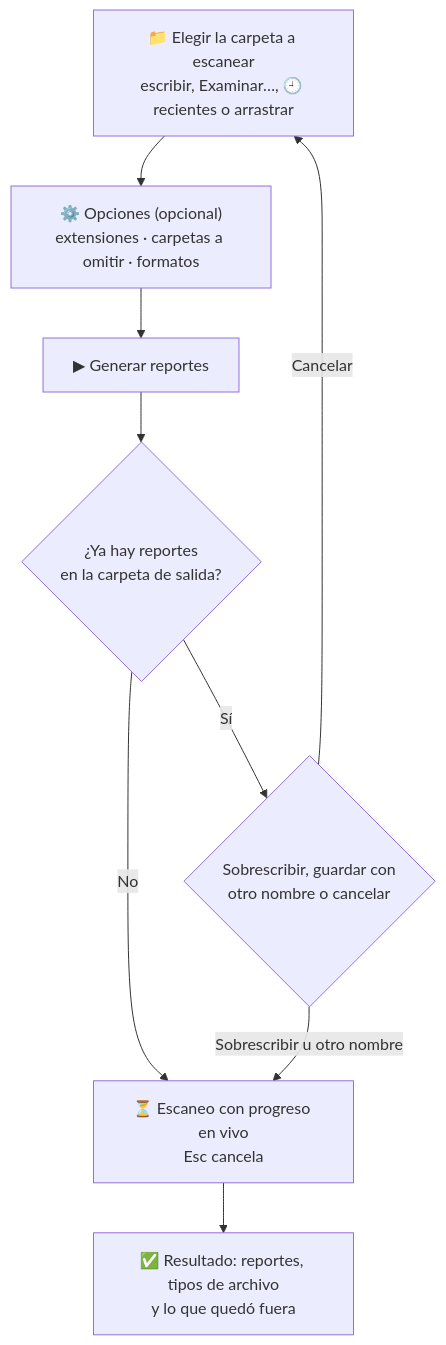
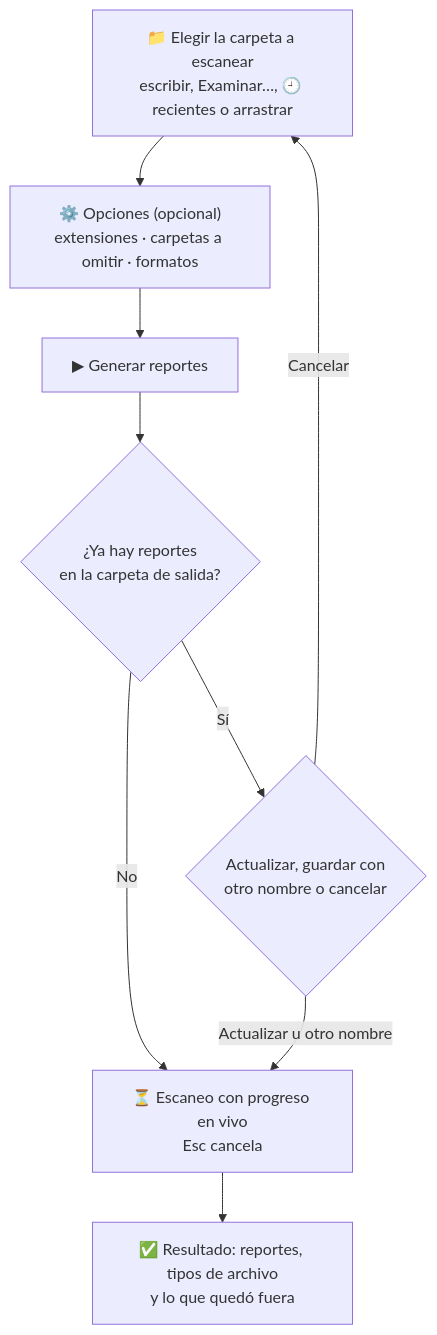
One commit to dbarretol/file-reporter changed the first of 3 diagrams in README.md. Above: the diagram before and after it, drawn with Mermaid. The commit also changed other lines of this file and 2 other files, not shown here.

````diff
--- a/README.md
+++ b/README.md
@@ -154,11 +154,11 @@
 ```mermaid
 flowchart TD
     A["📁 Elegir la carpeta a escanear<br/>escribir, Examinar…, 🕘 recientes o arrastrar"] --> B["⚙️ Opciones (opcional)<br/>extensiones · carpetas a omitir · formatos"]
     B --> C["▶ Generar reportes"]
     C --> D{"¿Ya hay reportes<br/>en la carpeta de salida?"}
     D -- "No" --> E["⏳ Escaneo con progreso en vivo<br/>Esc cancela"]
-    D -- "Sí" --> F{"Sobrescribir, guardar con<br/>otro nombre o cancelar"}
-    F -- "Sobrescribir u otro nombre" --> E
+    D -- "Sí" --> F{"Actualizar, guardar con<br/>otro nombre o cancelar"}
+    F -- "Actualizar u otro nombre" --> E
     F -- "Cancelar" --> A
     E --> G["✅ Resultado: reportes, tipos de archivo<br/>y lo que quedó fuera"]
 ```
````
